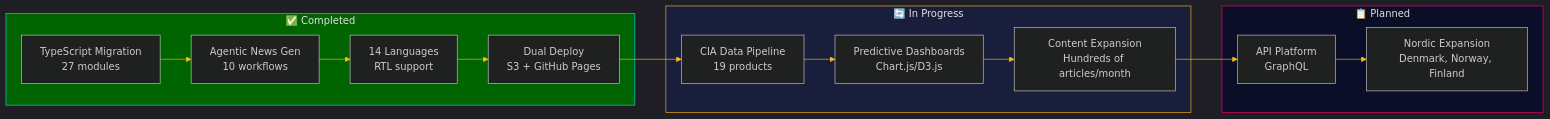
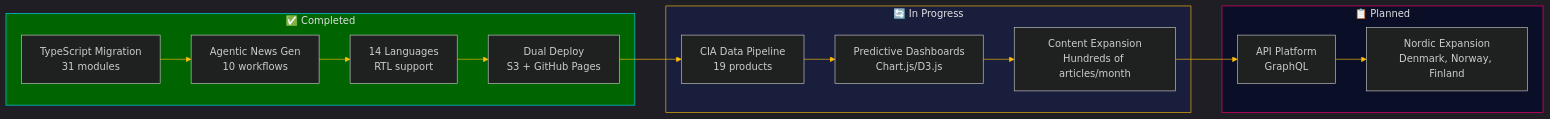
The second of 6 diagrams in README.md (Hack23/riksdagsmonitor), drawn with Mermaid before and after one commit. The commit also changed other lines of this file and 3 other files, not shown here.

````diff
--- a/README.md
+++ b/README.md
@@ -766,21 +766,21 @@
 ```mermaid
 %%{init: {'theme': 'dark', 'themeVariables': {'primaryColor': '#00d9ff', 'primaryTextColor': '#e0e0e0', 'primaryBorderColor': '#ff006e', 'lineColor': '#ffbe0b', 'secondaryColor': '#1a1e3d', 'tertiaryColor': '#0a0e27'}}}%%
 graph LR
     subgraph SGCompleted["✅ Completed"]
         style SGCompleted fill:#006400,stroke:#00d9ff,color:#e0e0e0
-        A[TypeScript Migration<br/>27 modules] --> B[Agentic News Gen<br/>10 workflows]
+        A[TypeScript Migration<br/>31 modules] --> B[Agentic News Gen<br/>10 workflows]
         B --> C[14 Languages<br/>RTL support]
         C --> D[Dual Deploy<br/>S3 + GitHub Pages]
     end
     subgraph SGProgress["🔄 In Progress"]
         style SGProgress fill:#1a1e3d,stroke:#ffbe0b,color:#e0e0e0
         E[CIA Data Pipeline<br/>19 products] --> F[Predictive Dashboards<br/>Chart.js/D3.js]
         F --> G[Content Expansion<br/>Hundreds of articles/month]
     end
     subgraph SGPlanned["📋 Planned"]
         style SGPlanned fill:#0a0e27,stroke:#ff006e,color:#e0e0e0
         H[API Platform<br/>GraphQL] --> I[Nordic Expansion<br/>Denmark, Norway, Finland]
     end
     D --> E
     G --> H
 ```
````
